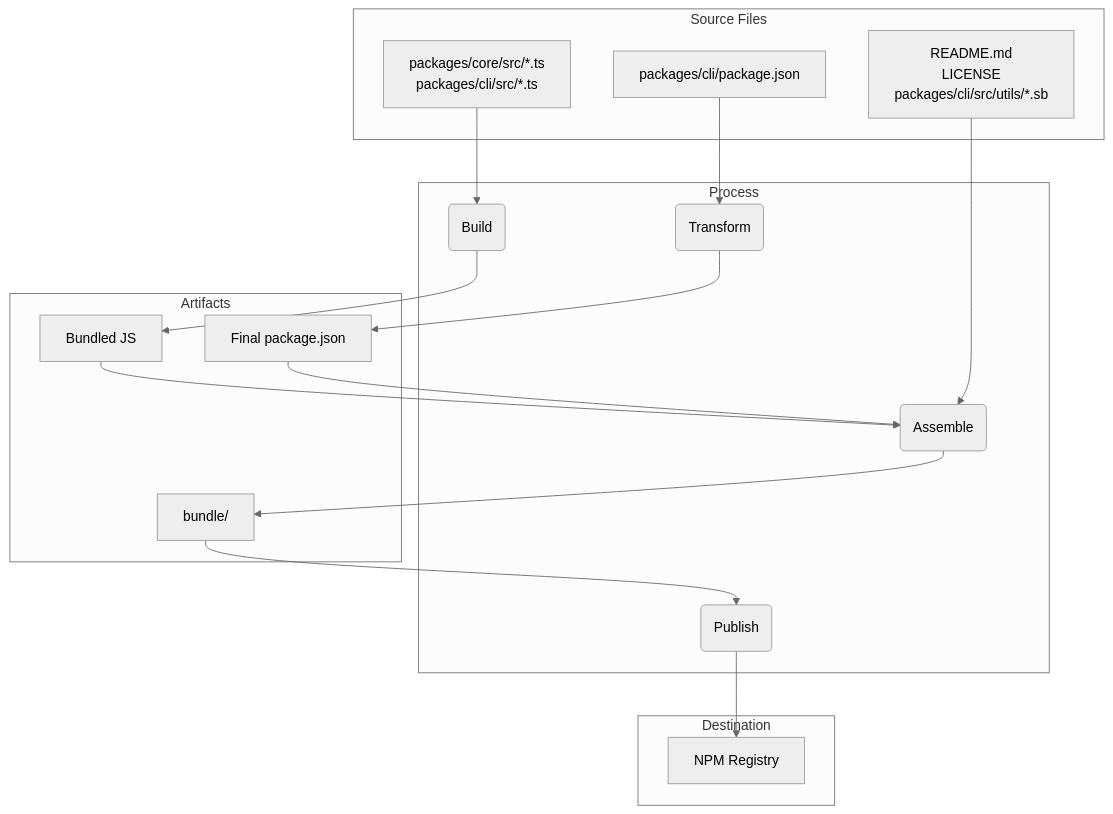
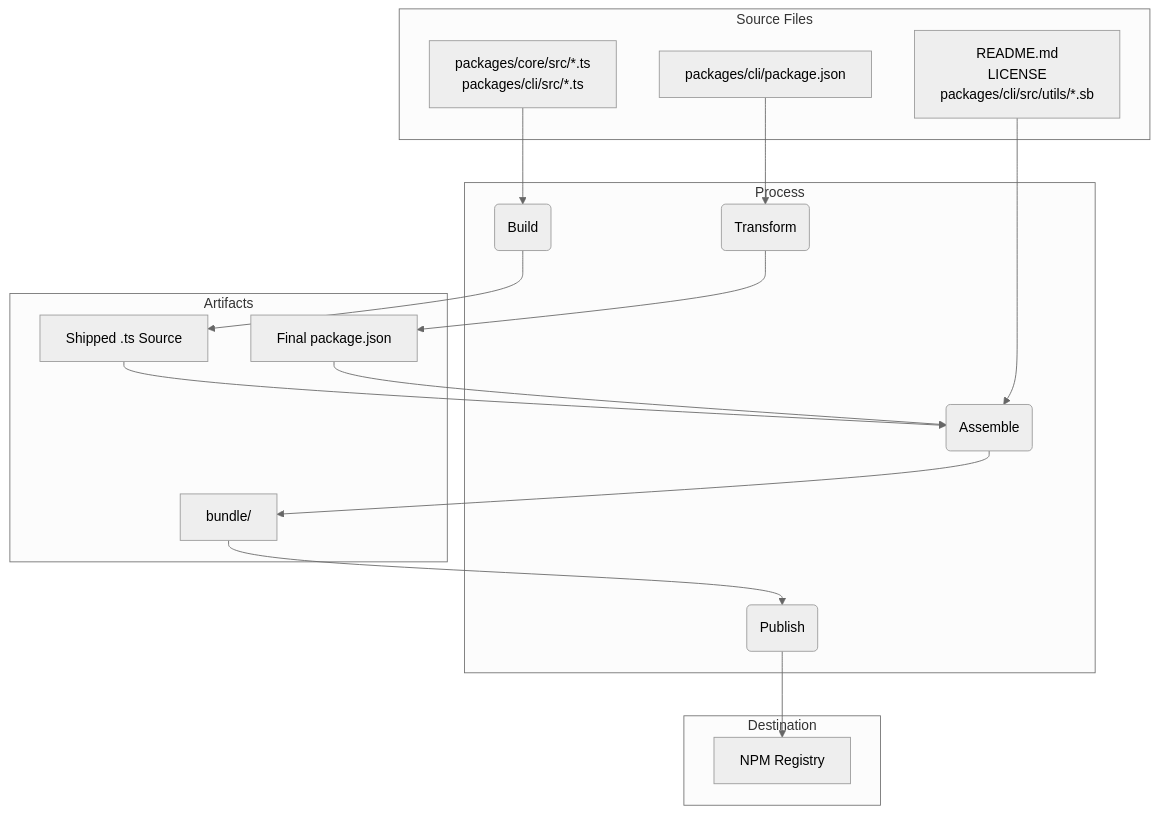
Before and after one commit to vybestack/llxprt-code: the diagram in dev-docs/npm.md, drawn with Mermaid (neutral theme). The commit also changed other lines of this file and 6 other files, not shown here.

````diff
--- a/dev-docs/npm.md
+++ b/dev-docs/npm.md
@@ -232,33 +231,33 @@
 ```mermaid
 graph TD
     subgraph "Source Files"
         A["packages/core/src/*.ts<br/>packages/cli/src/*.ts"]
         B["packages/cli/package.json"]
         C["README.md<br/>LICENSE<br/>packages/cli/src/utils/*.sb"]
     end
 
     subgraph "Process"
         D(Build)
         E(Transform)
         F(Assemble)
         G(Publish)
     end
 
     subgraph "Artifacts"
-        H["Bundled JS"]
+        H["Shipped .ts Source"]
         I["Final package.json"]
         J["bundle/"]
     end
 
     subgraph "Destination"
         K["NPM Registry"]
     end
 
     A --> D --> H
     B --> E --> I
     C --> F
     H --> F
     I --> F
     F --> J
     J --> G --> K
 ```
````
